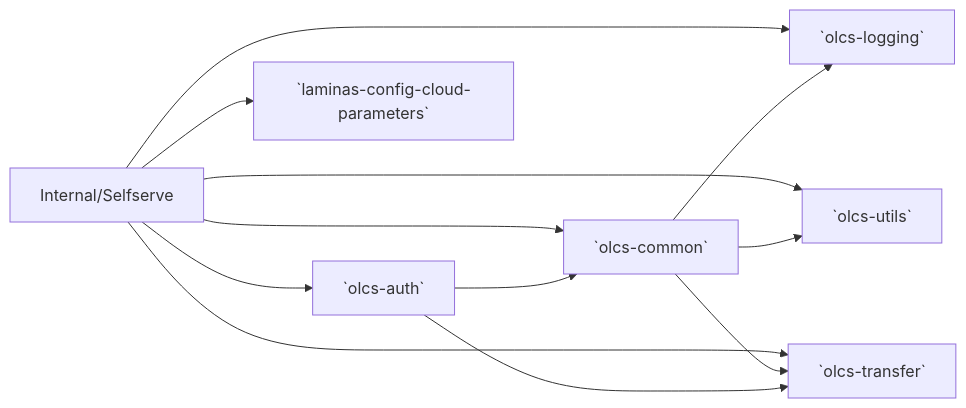
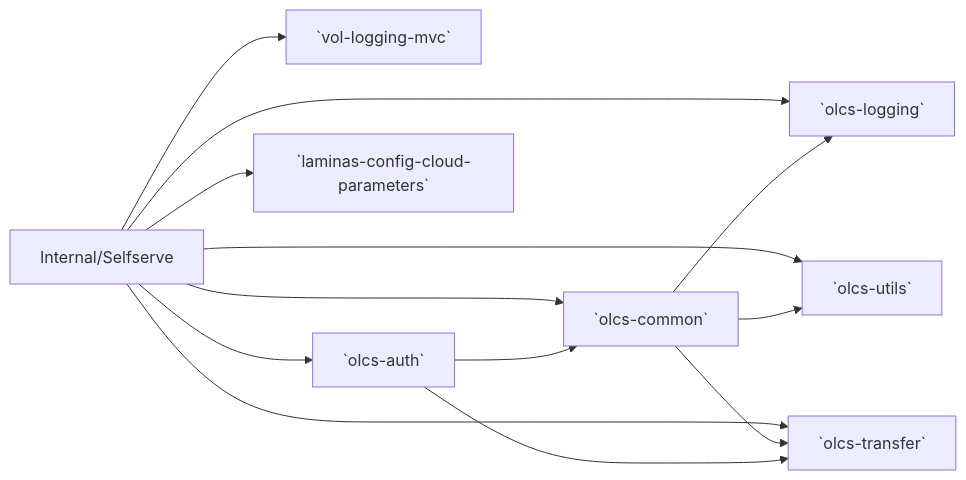
One commit to dvsa/vol-app changed the second of 2 diagrams in docs/app/overview.md. Above: the diagram before and after it, drawn with Mermaid. The commit also changed other lines of this file and 31 other files, not shown here.

First line of the commit message:
refactor: split MVC listeners out of olcs-logging into vol-logging-mvc so core allows PHP 8.5

````diff
--- a/docs/app/overview.md
+++ b/docs/app/overview.md
@@ -61,18 +63,19 @@
 ```mermaid
 flowchart LR
     frontend["Internal/Selfserve"]
 
     frontend --> `olcs-common`
     frontend --> `olcs-logging`
+    frontend --> `vol-logging-mvc`
     frontend --> `olcs-auth`
     frontend --> `olcs-transfer`
     frontend --> `olcs-utils`
     frontend --> `laminas-config-cloud-parameters`
 
     `olcs-common` --> `olcs-logging`
     `olcs-common` --> `olcs-utils`
     `olcs-common` --> `olcs-transfer`
 
     `olcs-auth` --> `olcs-common`
     `olcs-auth` --> `olcs-transfer`
 ```
````
